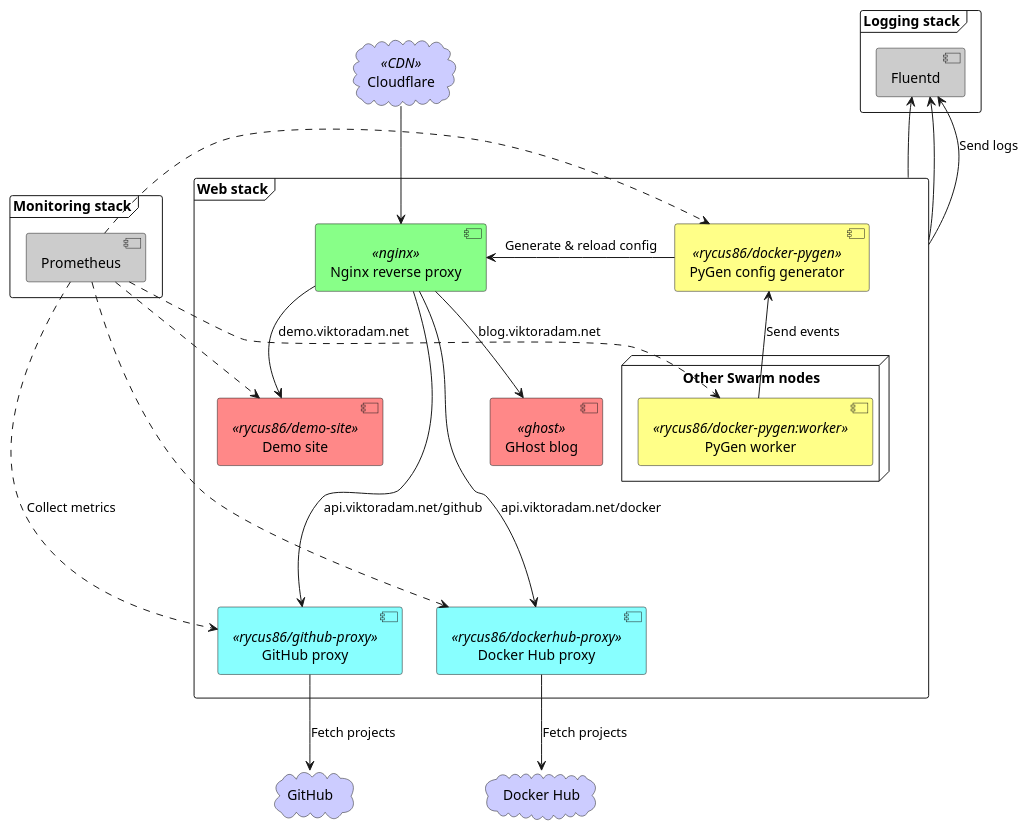
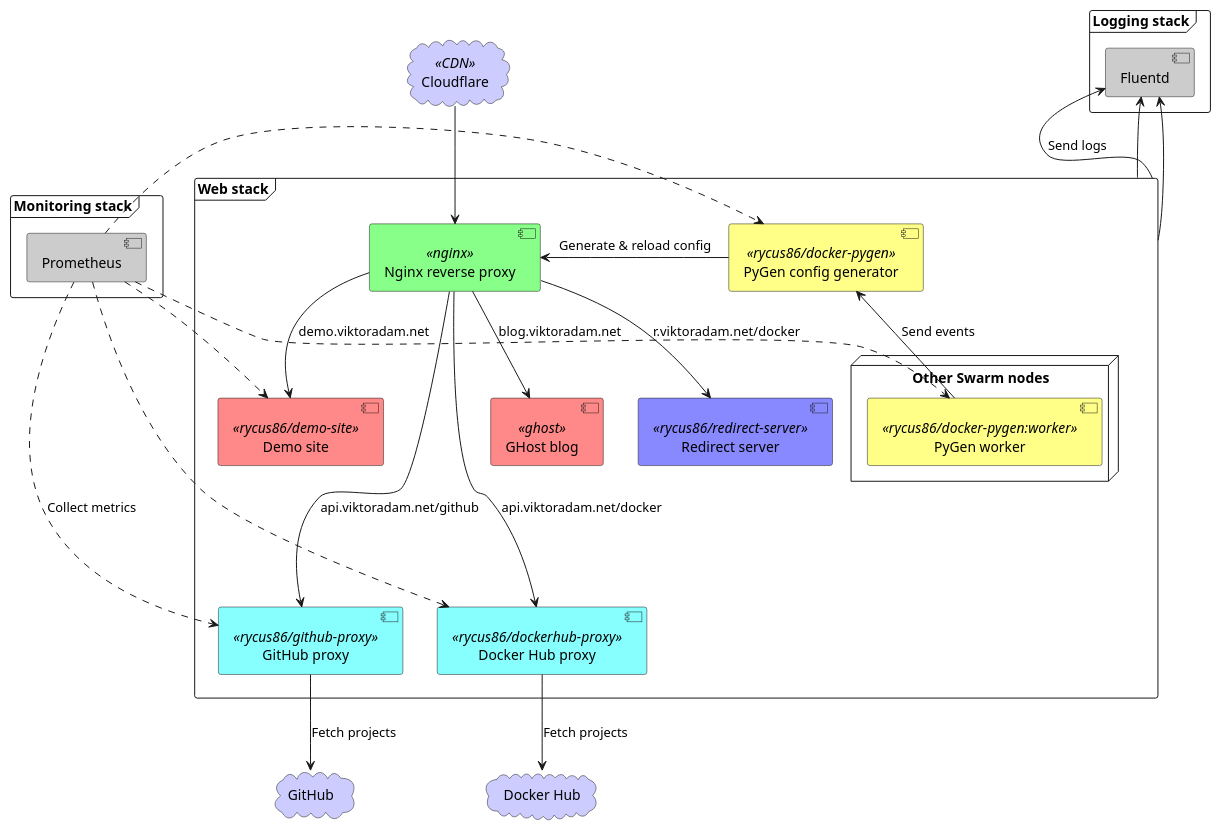
Before and after one commit to rycus86/home-stack-web: the diagram in stack.puml, drawn with PlantUML. The commit also changed 2 other files, not shown here.

```diff
--- a/stack.puml
+++ b/stack.puml
@@ -1,52 +1,54 @@
 @startuml
 
 cloud "Cloudflare" << CDN >> as CF #ccf
 cloud "GitHub" as GH #ccf
 cloud "Docker Hub" as DH #ccf
 
 frame "Web stack" as web_stack {
     [Nginx reverse proxy] << nginx >> as nginx #8f8
     [GHost blog] << ghost >> as blog #f88
     [Demo site] << rycus86/demo-site >> as demo_site #f88
     [GitHub proxy] << rycus86/github-proxy >> as github_proxy #8ff
     [Docker Hub proxy] << rycus86/dockerhub-proxy >> as dockerhub_proxy #8ff
+    [Redirect server] << rycus86/redirect-server >> as redirect_server #88f
 
     [PyGen config generator] << rycus86/docker-pygen >> as pygen #ff8
 
     node "Other Swarm nodes" {
         [PyGen worker] << rycus86/docker-pygen:worker >> as pygen_worker #ff8
     }
 }
 
 frame "Monitoring stack" {
     [Prometheus] #ccc
 }
 
 frame "Logging stack" {
     [Fluentd] #ccc
 }
 
 CF --> nginx
 
 nginx --> blog : blog.viktoradam.net
 nginx --> demo_site : demo.viktoradam.net
 nginx ----> github_proxy : api.viktoradam.net/github
 nginx ----> dockerhub_proxy : api.viktoradam.net/docker
+nginx --> redirect_server : r.viktoradam.net/docker
 
 github_proxy --> GH : Fetch projects
 dockerhub_proxy --> DH : Fetch projects
 
 pygen -l-> nginx : Generate & reload config
 pygen_worker -u-> pygen : Send events
 
 [Prometheus] .r..> demo_site
 [Prometheus] .r..> github_proxy : Collect metrics
 [Prometheus] .r..> dockerhub_proxy
 [Prometheus] .r..> pygen
 [Prometheus] .r..> pygen_worker
 
 web_stack -u-> [Fluentd] : Send logs
 web_stack -u-> [Fluentd]
 web_stack -u-> [Fluentd]
 
 @enduml
```
